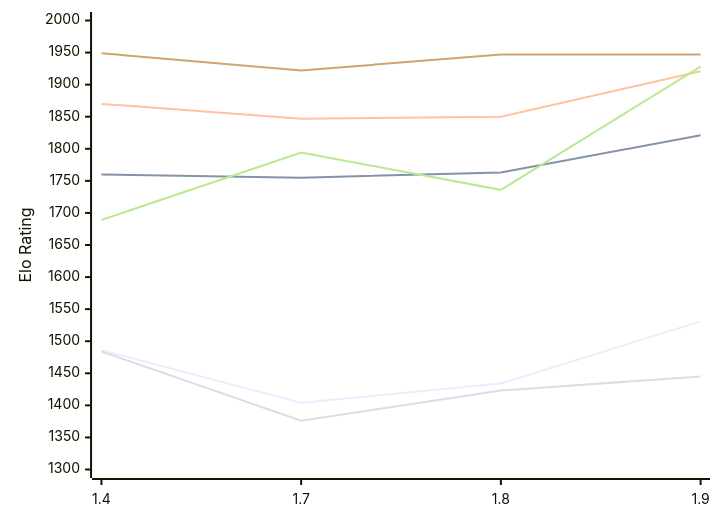
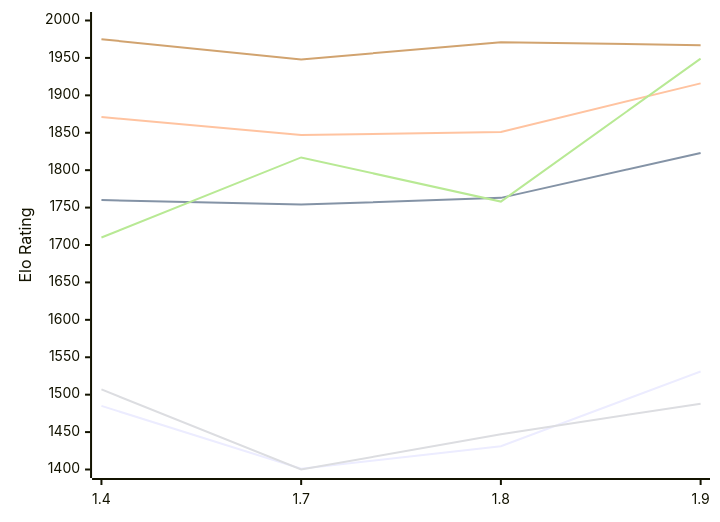
The diagram in engines/Russell.md (computer-chess-index/cci), drawn with Mermaid before and after one commit. The commit also changed other lines of this file, not shown here.

Commit message:
Update CCI Ratings (ELO VLTC) - 2026-11-04

````diff
--- a/engines/Russell.md
+++ b/engines/Russell.md
@@ -53,12 +53,12 @@
 ```mermaid
 %%{init: {"theme":"base","themeVariables":{"seriesColors:['#a3a3a3','#222221','#faa371']}}}%%
 xychart-beta
   x-axis ["1.4", "1.7", "1.8", "1.9"]
-  y-axis "Elo Rating" 1300 --> 2000
-  line "E1: STC (8.0+0.08s)" [1486, 1404, 1434, 1531]
-  line "E1: LTC (60.0+0.60s)" [1760, 1755, 1763, 1821]
-  line "E1: VLTC (2m24s+1.12s)" [1870, 1847, 1850, 1921]
-  line "P1: STC (8.0+0.08s)" [1484, 1376, 1423, 1445]
-  line "P1: LTC (60.0+0.60s)" [1689, 1794, 1736, 1928]
-  line "P1: VLTC (2m24s+1.12s)" [1949, 1922, 1947, 1947]
+  y-axis "Elo Rating" 1400 --> 2000
+  line "E1: STC (8.0+0.08s)" [1485, 1401, 1431, 1531]
+  line "E1: LTC (60.0+0.60s)" [1760, 1754, 1763, 1823]
+  line "E1: VLTC (2m24s+1.12s)" [1871, 1847, 1851, 1916]
+  line "P1: STC (8.0+0.08s)" [1507, 1400, 1447, 1488]
+  line "P1: LTC (60.0+0.60s)" [1710, 1817, 1758, 1949]
+  line "P1: VLTC (2m24s+1.12s)" [1975, 1948, 1971, 1967]
 ```
````
